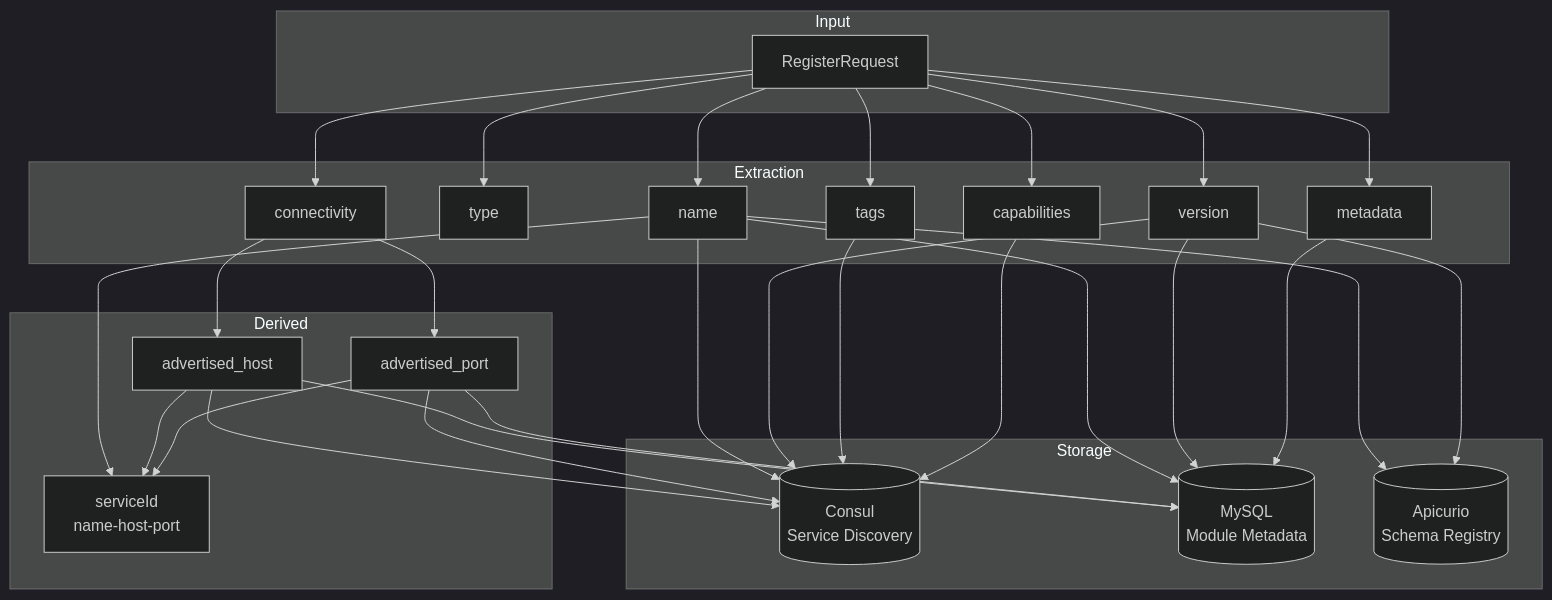
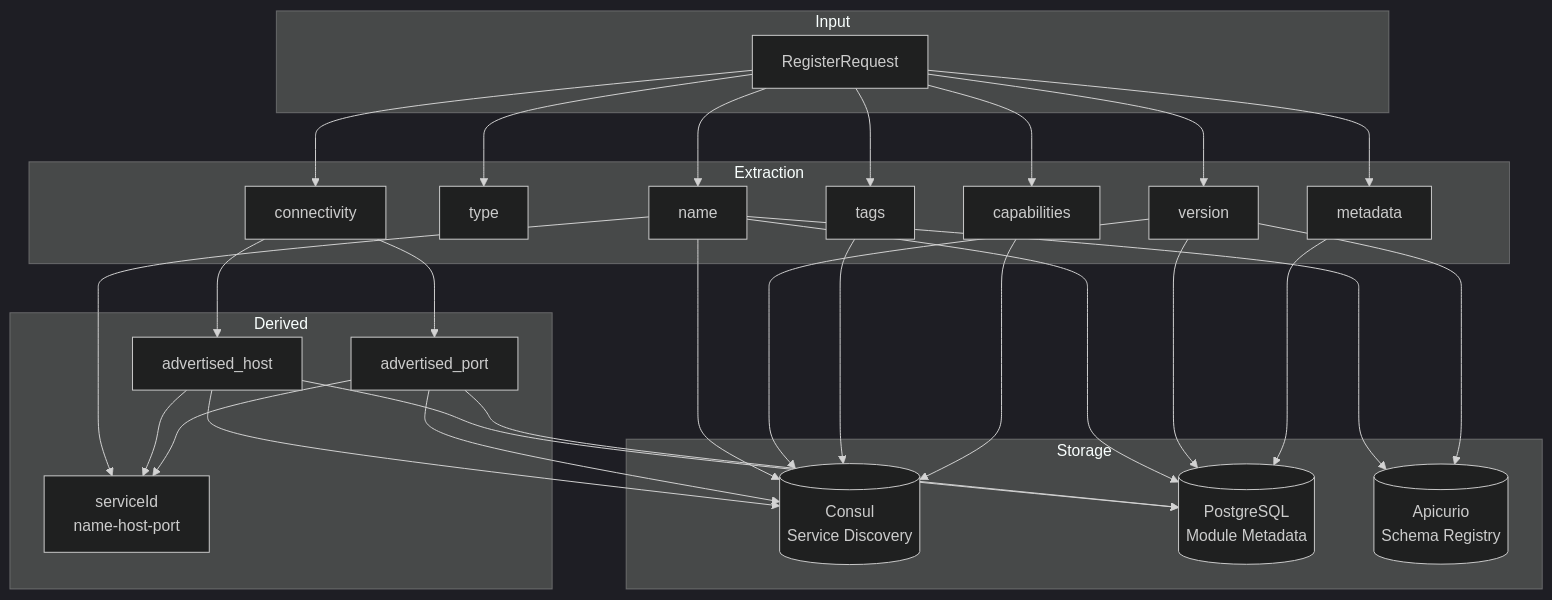
The seventh of 7 diagrams in docs/REGISTRATION_FLOW.md (ai-pipestream/platform-registration-service), drawn with Mermaid (dark theme) before and after one commit. The commit also changed other lines of this file and 12 other files, not shown here.

````diff
--- a/docs/REGISTRATION_FLOW.md
+++ b/docs/REGISTRATION_FLOW.md
@@ -281,37 +282,37 @@
 ```mermaid
 flowchart TB
     subgraph Input
         REQ[RegisterRequest]
     end
     
     subgraph Extraction
         NAME[name]
         TYPE[type]
         CONN[connectivity]
         VER[version]
         META[metadata]
         TAGS[tags]
         CAPS[capabilities]
     end
     
     subgraph Derived
         SID[serviceId<br/>name-host-port]
         HOST[advertised_host]
         PORT[advertised_port]
     end
     
     subgraph Storage
         CONSUL[(Consul<br/>Service Discovery)]
-        DB[(MySQL<br/>Module Metadata)]
+        DB[(PostgreSQL<br/>Module Metadata)]
         APICURIO[(Apicurio<br/>Schema Registry)]
     end
     
     REQ --> NAME & TYPE & CONN & VER & META & TAGS & CAPS
     NAME --> SID
     CONN --> HOST & PORT
     HOST & PORT --> SID
     
     NAME & HOST & PORT & VER & TAGS & CAPS --> CONSUL
     NAME & HOST & PORT & VER & META --> DB
     NAME & VER --> APICURIO
 ```
````
